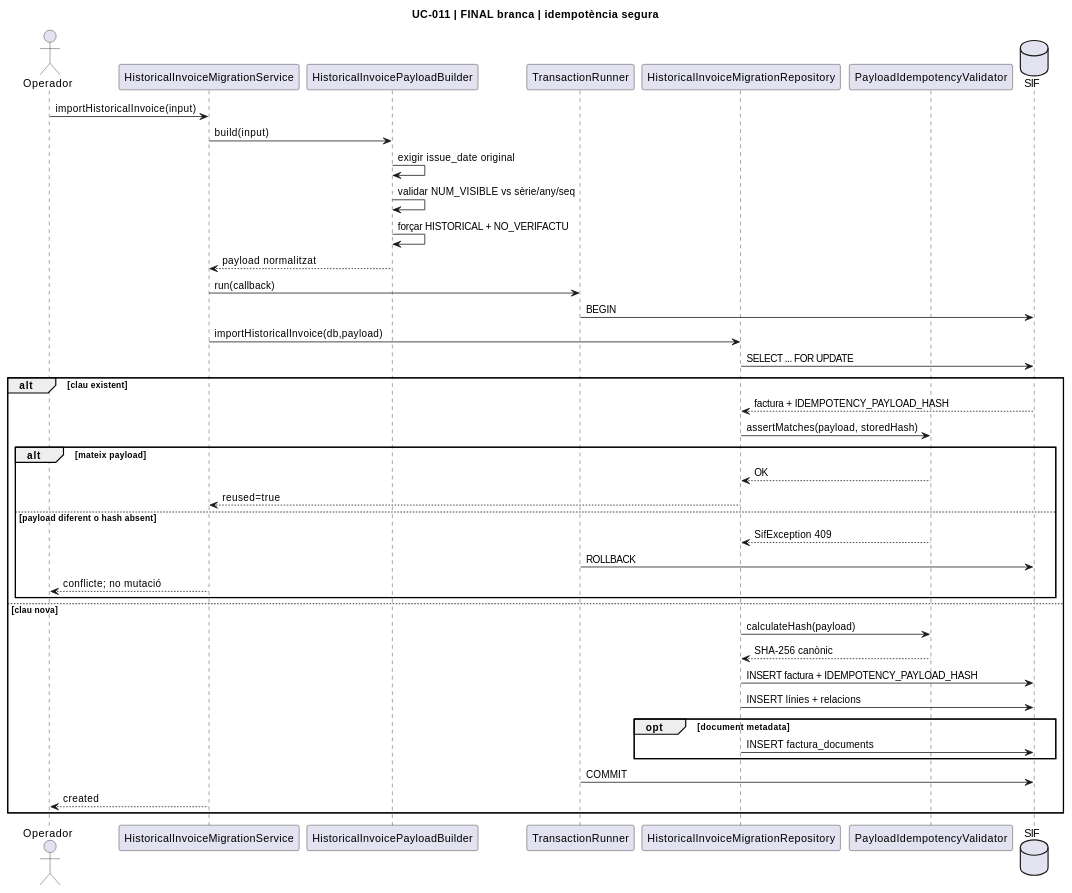
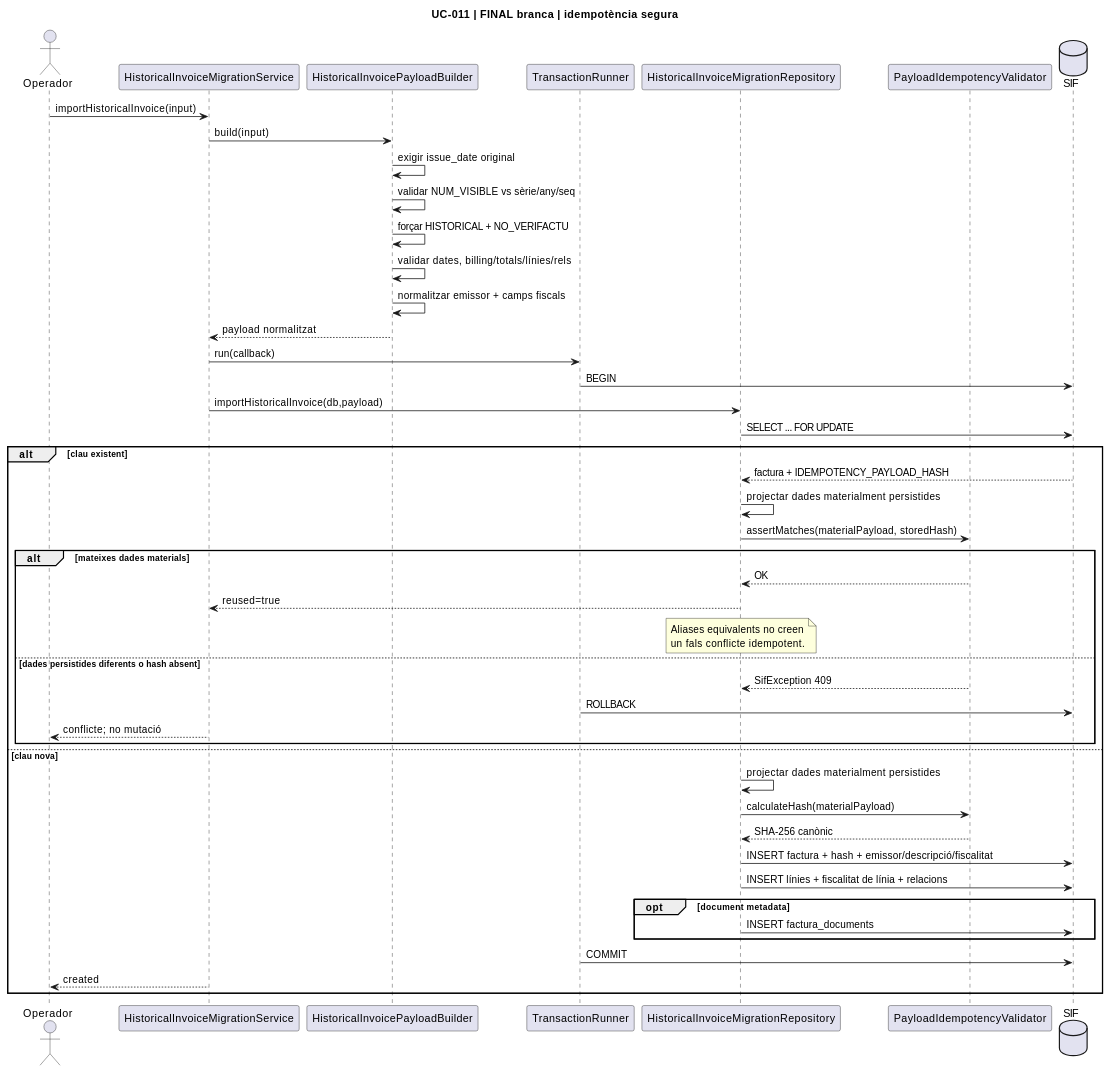
The fourth of 5 diagrams in documentacio/07-uml-integrat/uc-011-sequencies-actual-final.md (orgmeriemprismacat-del/verifactu), drawn with PlantUML before and after one commit. The commit also changed other lines of this file, not shown here.

Commit message:
docs(uc-011): add legacy upstream and canonical retry sequences

```diff
--- a/documentacio/07-uml-integrat/uc-011-sequencies-actual-final.md
+++ b/documentacio/07-uml-integrat/uc-011-sequencies-actual-final.md
@@ -77,45 +144,53 @@
 ~~~plantuml
 @startuml
 title UC-011 | FINAL branca | idempotència segura
 actor Operador
 participant HistoricalInvoiceMigrationService as Service
 participant HistoricalInvoicePayloadBuilder as Builder
 participant TransactionRunner as Tx
 participant HistoricalInvoiceMigrationRepository as Repo
 participant PayloadIdempotencyValidator as Idem
 database SIF
 
 Operador -> Service : importHistoricalInvoice(input)
 Service -> Builder : build(input)
 Builder -> Builder : exigir issue_date original
 Builder -> Builder : validar NUM_VISIBLE vs sèrie/any/seq
 Builder -> Builder : forçar HISTORICAL + NO_VERIFACTU
+Builder -> Builder : validar dates, billing/totals/línies/rels
+Builder -> Builder : normalitzar emissor + camps fiscals
 Builder --> Service : payload normalitzat
 Service -> Tx : run(callback)
 Tx -> SIF : BEGIN
 Service -> Repo : importHistoricalInvoice(db,payload)
 Repo -> SIF : SELECT ... FOR UPDATE
 alt clau existent
   SIF --> Repo : factura + IDEMPOTENCY_PAYLOAD_HASH
-  Repo -> Idem : assertMatches(payload, storedHash)
-  alt mateix payload
+  Repo -> Repo : projectar dades materialment persistides
+  Repo -> Idem : assertMatches(materialPayload, storedHash)
+  alt mateixes dades materials
     Idem --> Repo : OK
     Repo --> Service : reused=true
-  else payload diferent o hash absent
+    note over Repo
+      Aliases equivalents no creen
+      un fals conflicte idempotent.
+    end note
+  else dades persistides diferents o hash absent
     Idem --> Repo : SifException 409
     Tx -> SIF : ROLLBACK
     Service --> Operador : conflicte; no mutació
   end
 else clau nova
-  Repo -> Idem : calculateHash(payload)
+  Repo -> Repo : projectar dades materialment persistides
+  Repo -> Idem : calculateHash(materialPayload)
   Idem --> Repo : SHA-256 canònic
-  Repo -> SIF : INSERT factura + IDEMPOTENCY_PAYLOAD_HASH
-  Repo -> SIF : INSERT línies + relacions
+  Repo -> SIF : INSERT factura + hash + emissor/descripció/fiscalitat
+  Repo -> SIF : INSERT línies + fiscalitat de línia + relacions
   opt document metadata
     Repo -> SIF : INSERT factura_documents
   end
   Tx -> SIF : COMMIT
   Service --> Operador : created
 end
 @enduml
 ~~~
```
